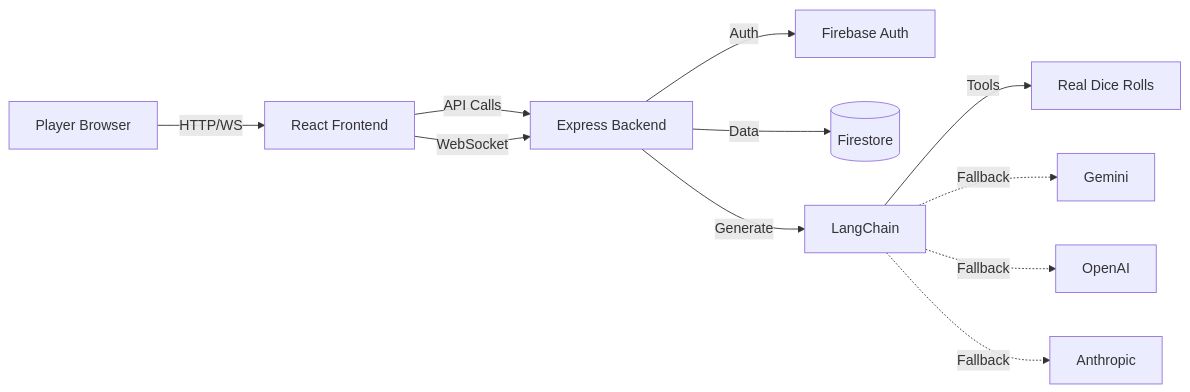
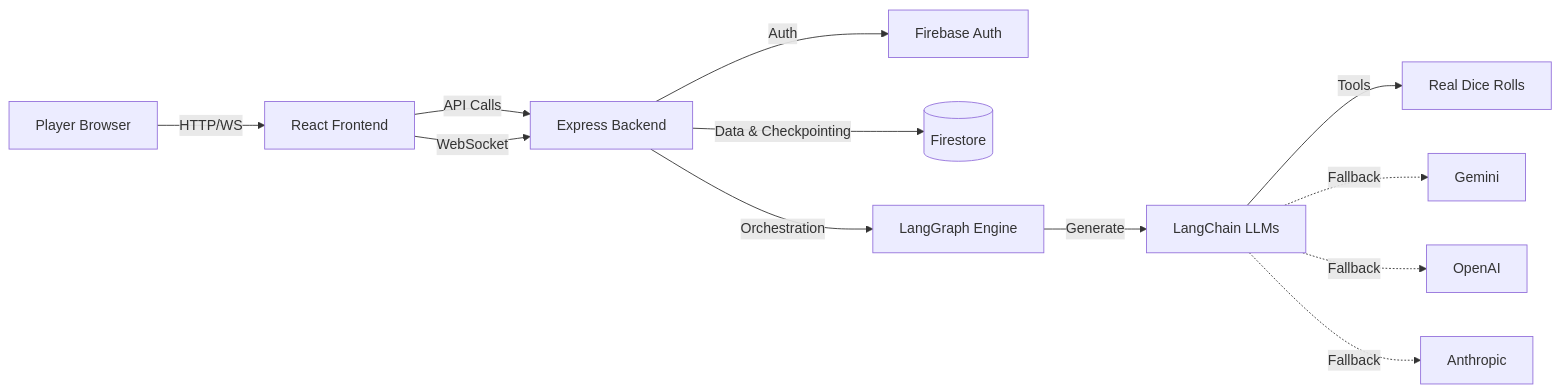
The second of 3 diagrams in README.md (lguibr/daicer), drawn with Mermaid before and after one commit. The commit also changed other lines of this file and 254 other files, not shown here.

`````diff
--- a/README.md
+++ b/README.md
@@ -83,13 +172,14 @@
 ```mermaid
 graph LR
     Player[Player Browser] -->|HTTP/WS| Frontend[React Frontend]
     Frontend -->|API Calls| Backend[Express Backend]
     Frontend -->|WebSocket| Backend
     Backend -->|Auth| FirebaseAuth[Firebase Auth]
-    Backend -->|Data| Firestore[(Firestore)]
-    Backend -->|Generate| LLM[LangChain]
+    Backend -->|Data & Checkpointing| Firestore[(Firestore)]
+    Backend -->|Orchestration| LG[LangGraph Engine]
+    LG -->|Generate| LLM[LangChain LLMs]
     LLM -->|Tools| Dice[Real Dice Rolls]
     LLM -.->|Fallback| Gemini
     LLM -.->|Fallback| OpenAI
     LLM -.->|Fallback| Anthropic
-```
+````
`````
